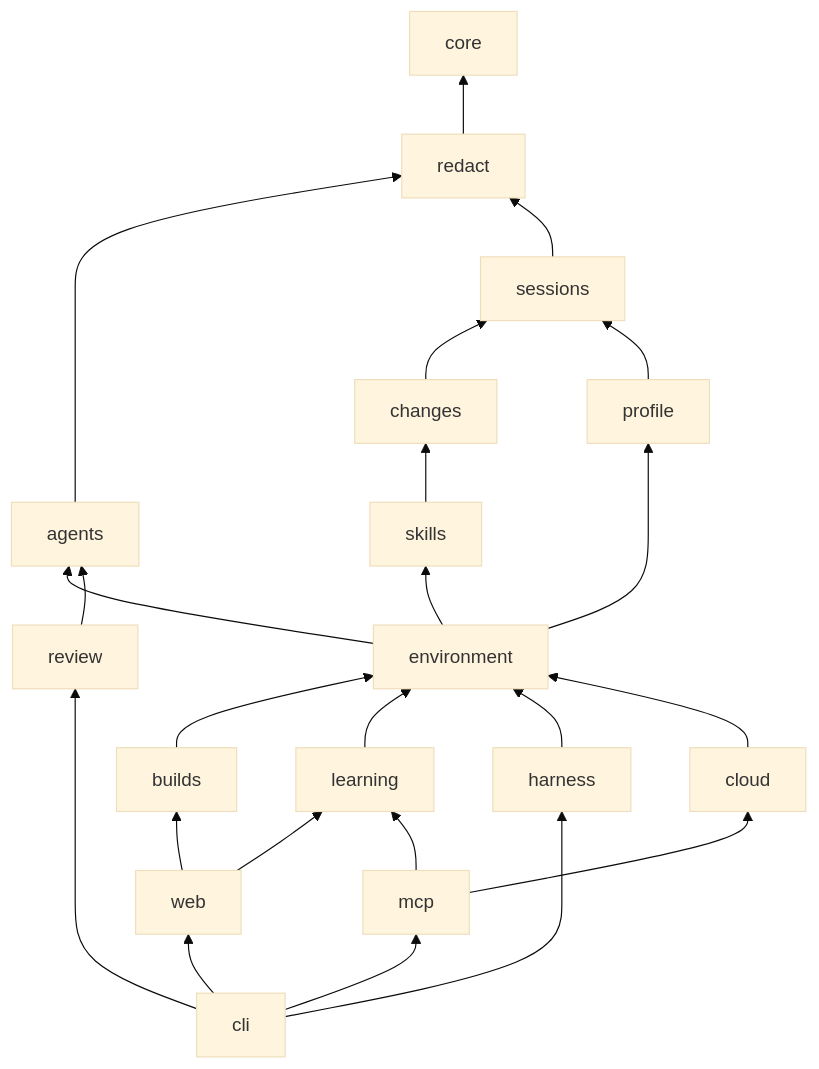
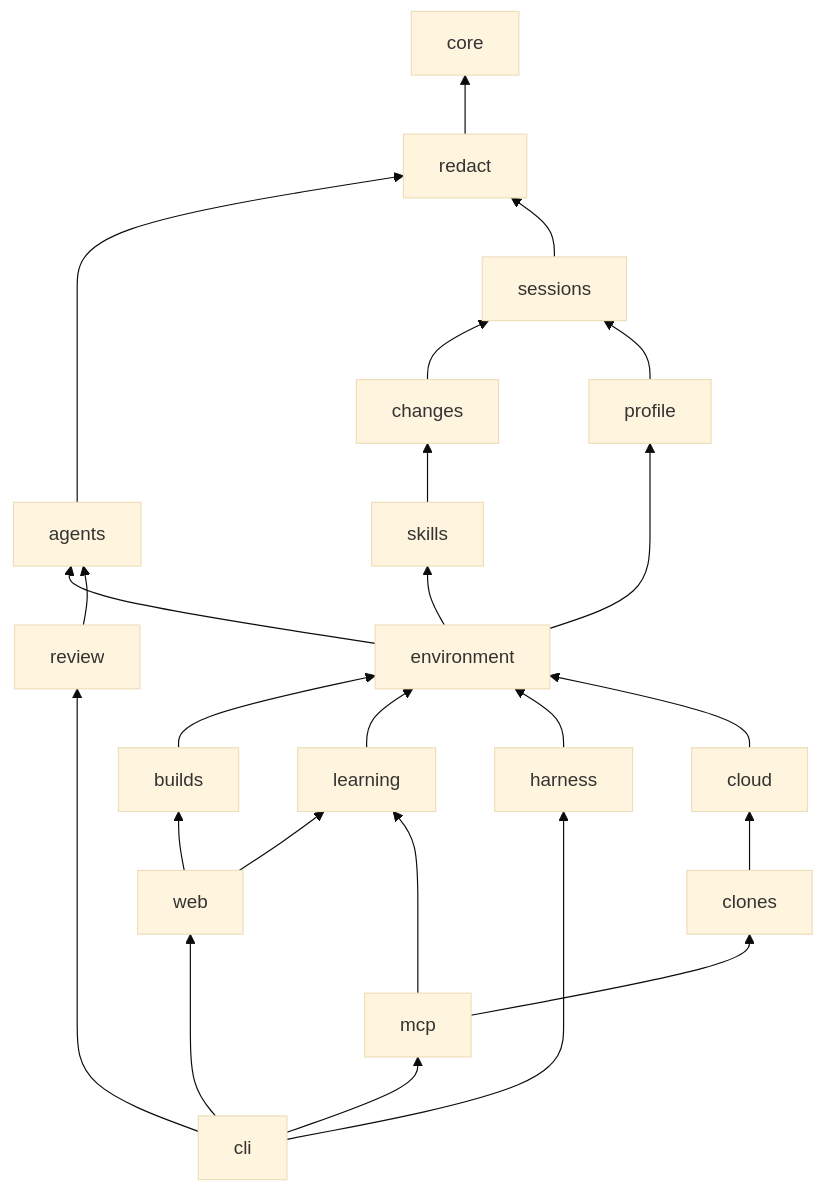
One commit to theonly1me/shadowclone changed the first of 2 diagrams in docs/architecture/README.md. Above: the diagram before and after it, drawn with Mermaid (base theme). The commit also changed other lines of this file and 75 other files, not shown here.

First line of the commit message:
feat(clones): run cloud sessions from the owner's /shadowclone comment (#212)

````diff
--- a/docs/architecture/README.md
+++ b/docs/architecture/README.md
@@ -36,25 +37,26 @@
 ```mermaid
 graph BT
   redact --> core
   agents --> redact
   sessions --> redact
   changes --> sessions
   skills --> changes
   profile --> sessions
   environment --> profile
   environment --> skills
   environment --> agents
   builds --> environment
   learning --> environment
   harness --> environment
   review --> agents
   cloud --> environment
   web --> builds
   web --> learning
   mcp --> learning
-  mcp --> cloud
+  clones --> cloud
+  mcp --> clones
   cli --> mcp
   cli --> web
   cli --> harness
   cli --> review
 ```
````
